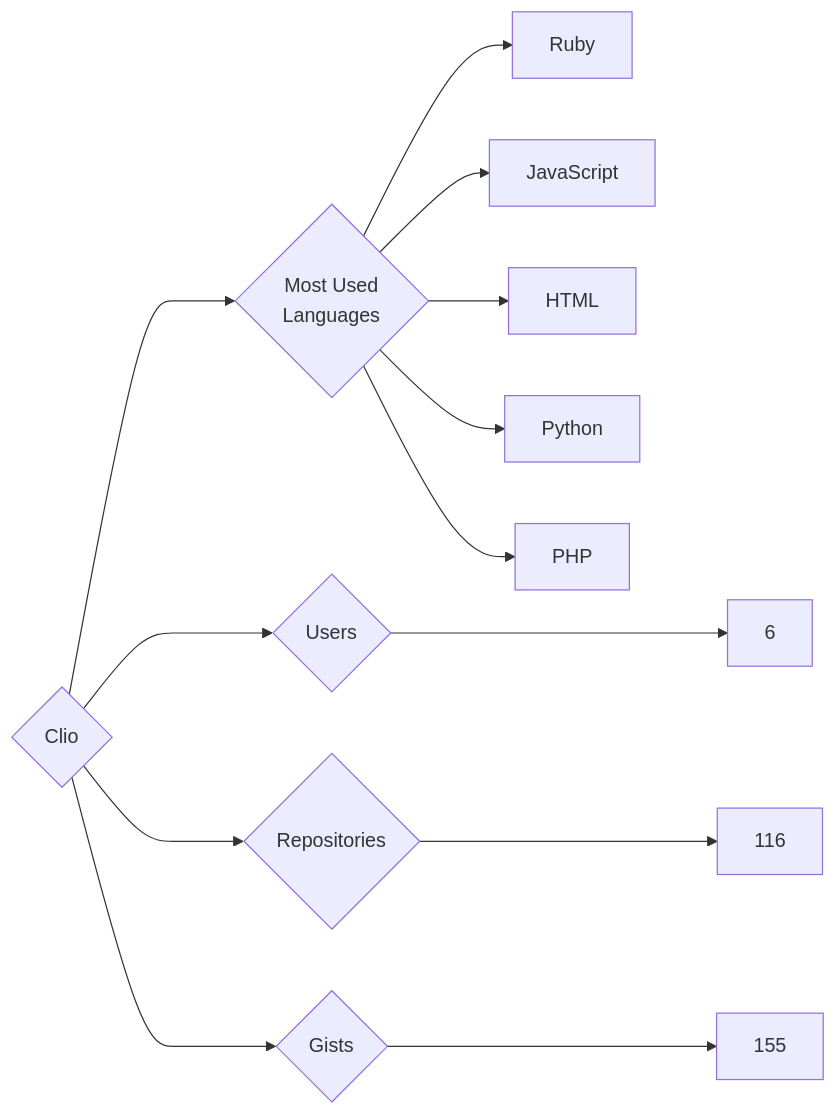
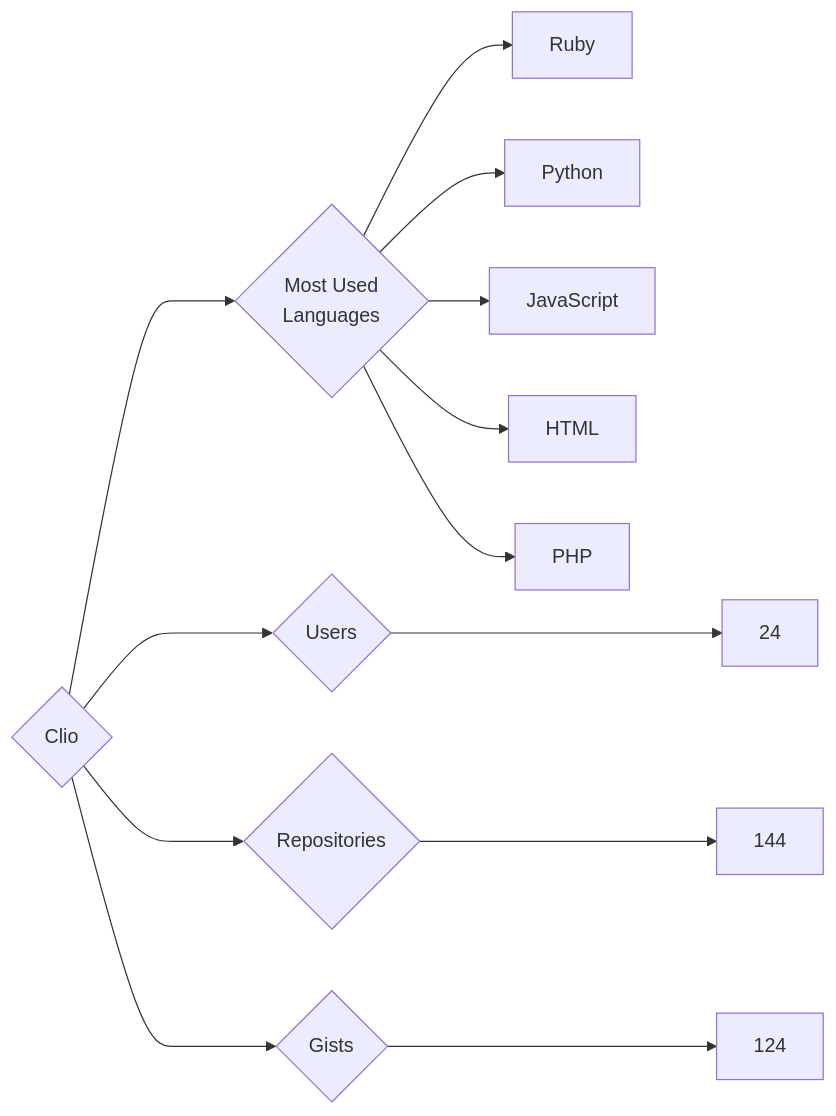
The diagram in targets/Clio/README.md (trickest/insiders), drawn with Mermaid before and after one commit. The commit also changed 861 other files, not shown here.

````diff
--- a/targets/Clio/README.md
+++ b/targets/Clio/README.md
@@ -3,13 +3,13 @@
 ```mermaid
 graph LR
 COMPANY_NAME{Clio}
-COMPANY_NAME ---> U{Users} ---> UN[6]
-COMPANY_NAME ---> R{Repositories} ---> RN[116]
-COMPANY_NAME ---> G{Gists} ---> GN[155]
+COMPANY_NAME ---> U{Users} ---> UN[24]
+COMPANY_NAME ---> R{Repositories} ---> RN[144]
+COMPANY_NAME ---> G{Gists} ---> GN[124]
 COMPANY_NAME ---> ML{Most Used<br>Languages}
 ML --> Ruby[Ruby]
+ML --> Python[Python]
 ML --> JavaScript[JavaScript]
 ML --> HTML[HTML]
-ML --> Python[Python]
 ML --> PHP[PHP]
 ```
````
